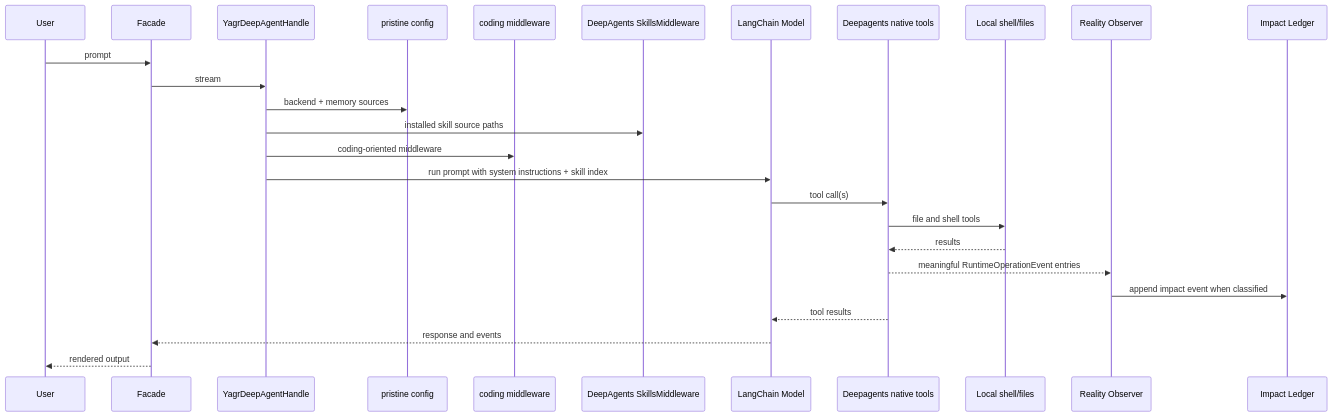
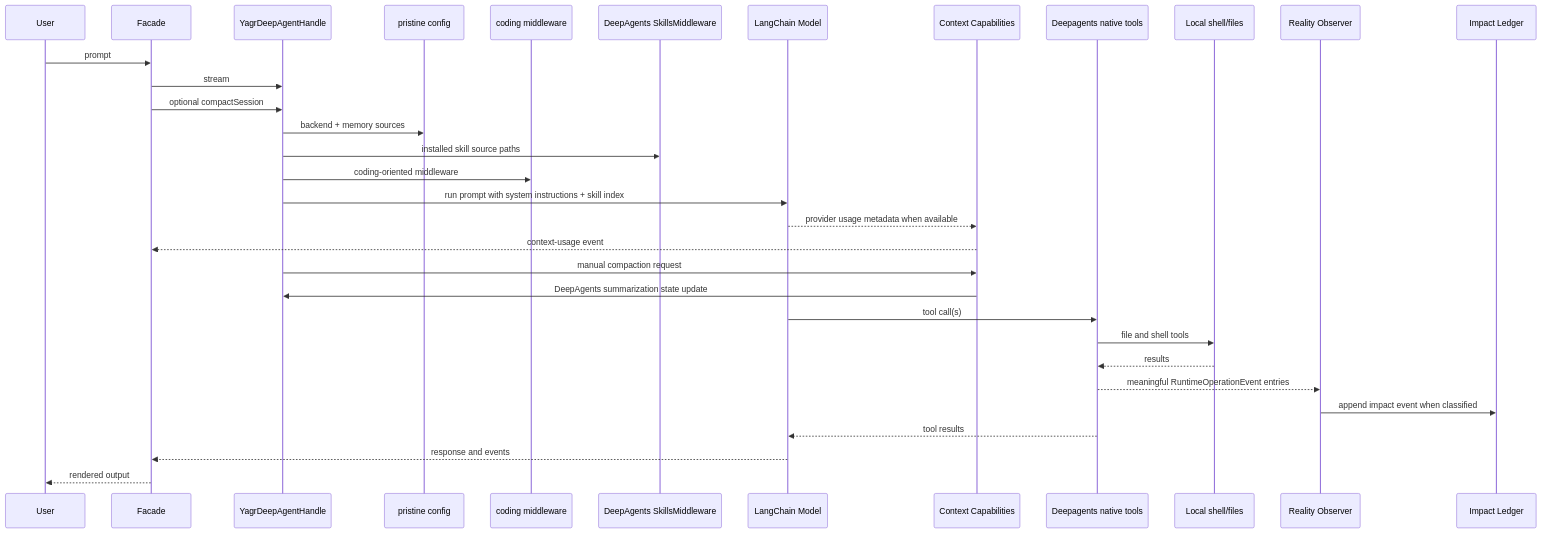
Before and after one commit to EtienneLescot/yagr: the first of 6 diagrams in architecture/current/runtime-flows.md, drawn with Mermaid. The commit also changed other lines of this file and 15 other files, not shown here.

Commit message:
feat(runtime): add context compaction and usage events

````diff
--- a/architecture/current/runtime-flows.md
+++ b/architecture/current/runtime-flows.md
@@ -7,29 +7,35 @@
 ```mermaid
 sequenceDiagram
     participant U as User
     participant F as Facade
     participant H as YagrDeepAgentHandle
     participant P as pristine config
     participant C as coding middleware
     participant S as DeepAgents SkillsMiddleware
     participant M as LangChain Model
+    participant Cx as Context Capabilities
     participant T as Deepagents native tools
     participant E as Local shell/files
     participant O as Reality Observer
     participant L as Impact Ledger
 
     U->>F: prompt
     F->>H: stream
+    F->>H: optional compactSession
     H->>P: backend + memory sources
     H->>S: installed skill source paths
     H->>C: coding-oriented middleware
     H->>M: run prompt with system instructions + skill index
+    M-->>Cx: provider usage metadata when available
+    Cx-->>F: context-usage event
+    H->>Cx: manual compaction request
+    Cx->>H: DeepAgents summarization state update
     M->>T: tool call(s)
     T->>E: file and shell tools
     E-->>T: results
     T-->>O: meaningful RuntimeOperationEvent entries
     O->>L: append impact event when classified
     T-->>M: tool results
     M-->>F: response and events
     F-->>U: rendered output
 ```
````
